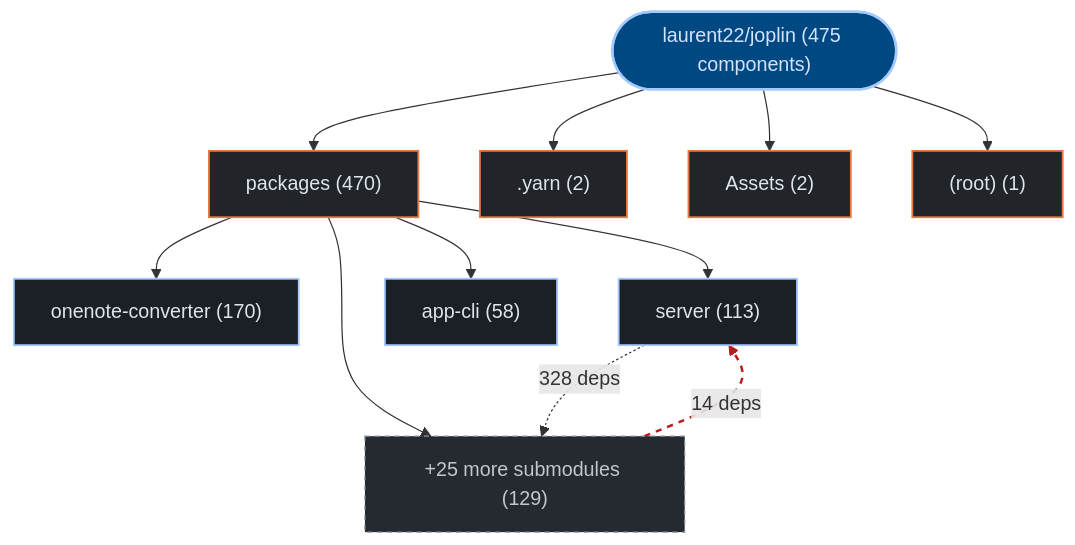
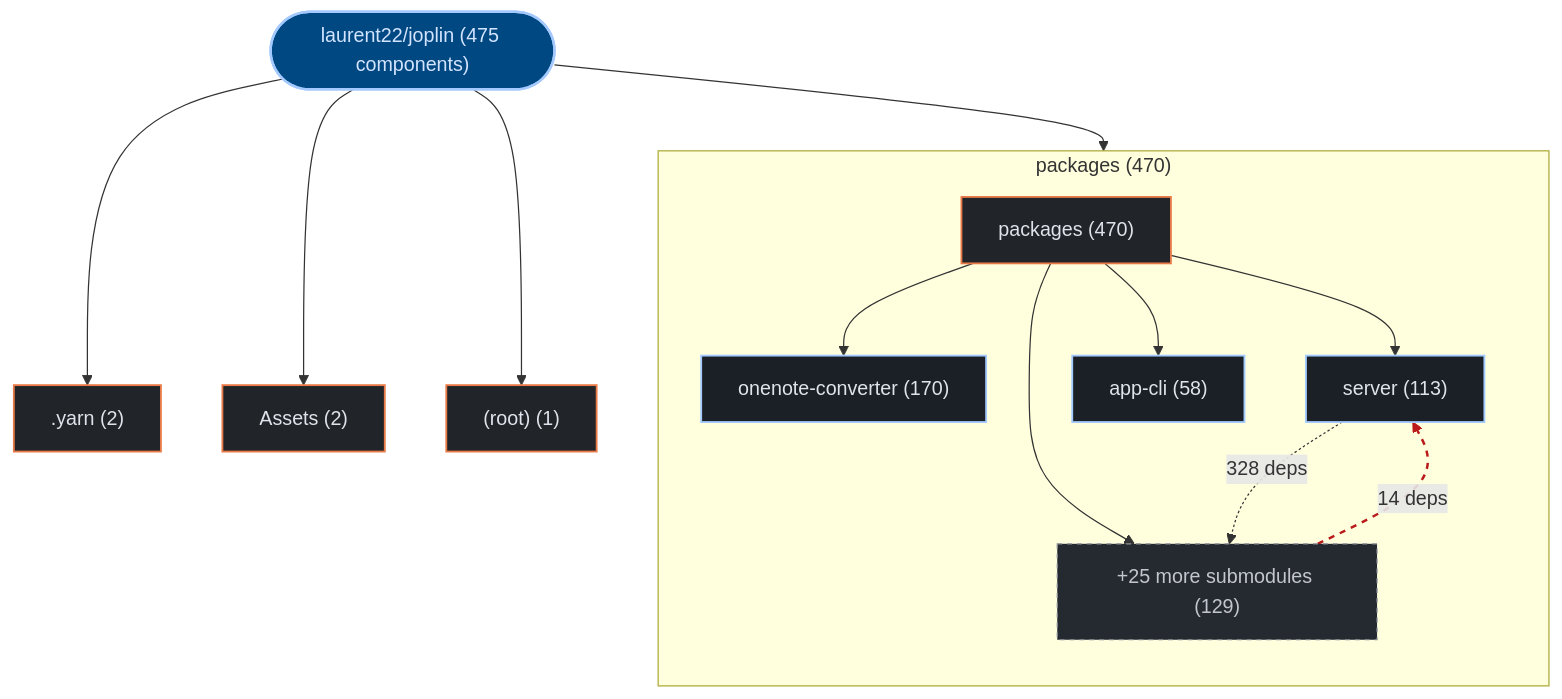
One commit to kumarshaz/atruss-code-atlas changed the first of 3 diagrams in exports/latest/reports/laurent22-joplin-report.md. Above: the diagram before and after it, drawn with Mermaid. The commit also changed 178 other files, not shown here.

Commit message:
feat(ui,mermaid): upgrade to mermaid v12 + ELK layout, add orgs-summary + pagination, subgraph building blocks, fix tab alignment

````diff
--- a/exports/latest/reports/laurent22-joplin-report.md
+++ b/exports/latest/reports/laurent22-joplin-report.md
@@ -42,30 +42,33 @@
 ```mermaid
 graph TD;
   classDef atlasRoot fill:#004882,stroke:#a3c9ff,stroke-width:2px,color:#d3e4ff
   classDef atlasCategory fill:#212428,stroke:#E87A48,stroke-width:1.5px,color:#dfe3eb
   classDef atlasWorkflow fill:#1b2026,stroke:#a3c9ff,stroke-width:1.5px,color:#dfe3eb
   classDef atlasJob fill:#171c22,stroke:#8d9199,stroke-width:1px,color:#dfe3eb
   classDef atlasTarget fill:#005227,stroke:#8bd99b,stroke-width:1.5px,color:#a7f6b6
   classDef atlasAlert fill:#93000a,stroke:#ffb4ab,stroke-width:1.5px,color:#ffdad6
   classDef atlasMore fill:#252a31,stroke:#8d9199,stroke-dasharray:4 4,color:#c3c6cf
     repo_root(["laurent22/joplin (475 components)"]):::atlasRoot
-    dir_0_packages["packages (470)"]:::atlasCategory
+    subgraph sg_dir_0_packages["packages (470)"]
+      direction TB
+      dir_0_packages["packages (470)"]:::atlasCategory
+      sub_0_0_onenote_converter["onenote-converter (170)"]:::atlasWorkflow
+      dir_0_packages --> sub_0_0_onenote_converter
+      sub_0_1_server["server (113)"]:::atlasWorkflow
+      dir_0_packages --> sub_0_1_server
+      sub_0_2_app_cli["app-cli (58)"]:::atlasWorkflow
+      dir_0_packages --> sub_0_2_app_cli
+      sub_0_more["+25 more submodules (129)"]:::atlasMore
+      dir_0_packages --> sub_0_more
+    end
     repo_root --> dir_0_packages
-    sub_0_0_onenote_converter["onenote-converter (170)"]:::atlasWorkflow
-    dir_0_packages --> sub_0_0_onenote_converter
-    sub_0_1_server["server (113)"]:::atlasWorkflow
-    dir_0_packages --> sub_0_1_server
-    sub_0_2_app_cli["app-cli (58)"]:::atlasWorkflow
-    dir_0_packages --> sub_0_2_app_cli
-    sub_0_more["+25 more submodules (129)"]:::atlasMore
-    dir_0_packages --> sub_0_more
     dir_1__yarn[".yarn (2)"]:::atlasCategory
     repo_root --> dir_1__yarn
     dir_2_Assets["Assets (2)"]:::atlasCategory
     repo_root --> dir_2_Assets
     dir_3__root_["(root) (1)"]:::atlasCategory
     repo_root --> dir_3__root_
     sub_0_1_server -.->|"328 deps"| sub_0_more
     sub_0_more -.->|"14 deps"| sub_0_1_server
     linkStyle 9 stroke:#ba1a1a,stroke-width:2px,stroke-dasharray: 5 5
 ```
````
